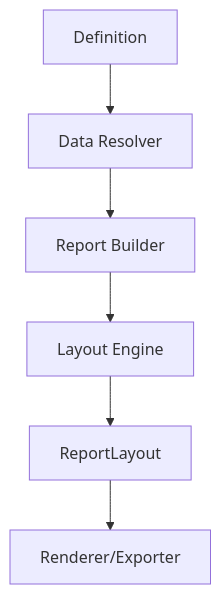
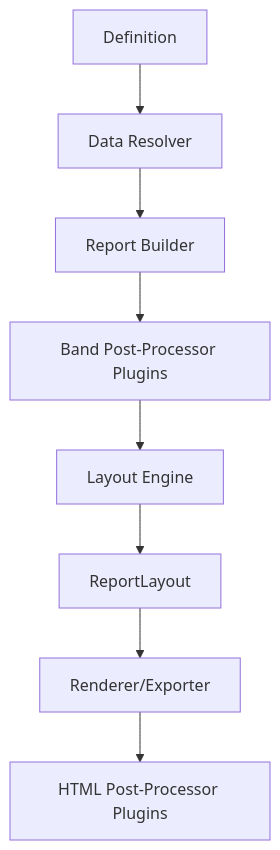
The diagram in docs/07-extension-points.md (Netcodr81/kinetic-reports), drawn with Mermaid before and after one commit. The commit also changed other lines of this file and 9 other files, not shown here.

````diff
--- a/docs/07-extension-points.md
+++ b/docs/07-extension-points.md
@@ -19,8 +21,10 @@
 ```mermaid
 flowchart TB
 	A[Definition] --> B[Data Resolver]
 	B --> C[Report Builder]
-	C --> D[Layout Engine]
-	D --> E[ReportLayout]
-	E --> F[Renderer/Exporter]
+	C --> D[Band Post-Processor Plugins]
+	D --> E[Layout Engine]
+	E --> F[ReportLayout]
+	F --> G[Renderer/Exporter]
+	G --> H[HTML Post-Processor Plugins]
 ```
````
